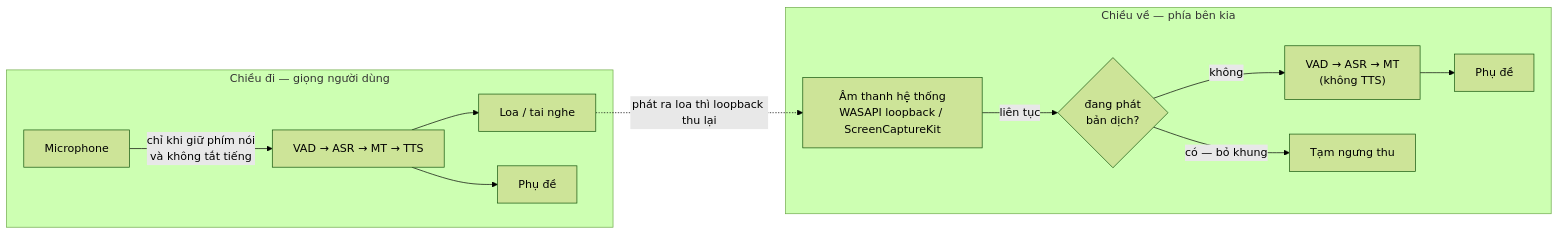
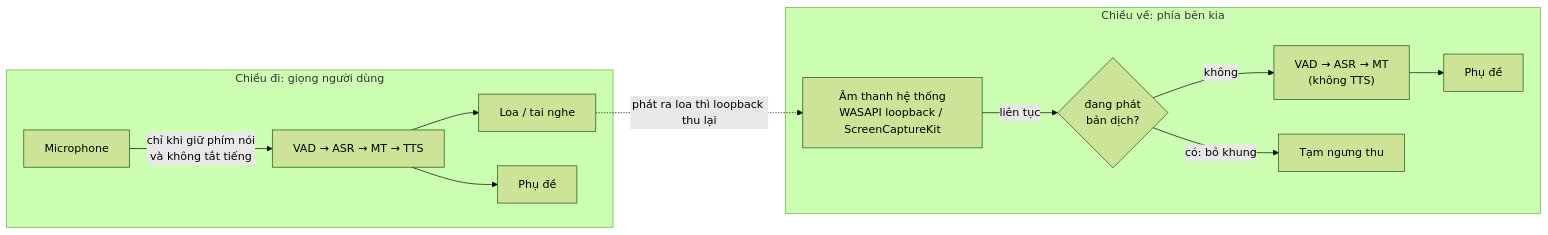
Before and after one commit to RokeyHung/local-live-voice-translator: the diagram in docs/gvhd/khoa-luan-hinh/src/h3-7-hai-chieu.mmd, drawn with Mermaid (forest theme). The commit also changed 32 other files, not shown here.

```diff
--- a/docs/gvhd/khoa-luan-hinh/src/h3-7-hai-chieu.mmd
+++ b/docs/gvhd/khoa-luan-hinh/src/h3-7-hai-chieu.mmd
@@ -1,13 +1,13 @@
 flowchart LR
-    subgraph OUT["Chiều đi — giọng người dùng"]
+    subgraph OUT["Chiều đi: giọng người dùng"]
         MIC["Microphone"] -->|"chỉ khi giữ phím nói<br/>và không tắt tiếng"| P1["VAD → ASR → MT → TTS"]
         P1 --> SPK["Loa / tai nghe"]
         P1 --> SUB1["Phụ đề"]
     end
-    subgraph IN["Chiều về — phía bên kia"]
+    subgraph IN["Chiều về: phía bên kia"]
         LOOP["Âm thanh hệ thống<br/>WASAPI loopback / ScreenCaptureKit"] -->|"liên tục"| GATE{"đang phát<br/>bản dịch?"}
         GATE -->|"không"| P2["VAD → ASR → MT<br/>(không TTS)"]
-        GATE -->|"có — bỏ khung"| DROP["Tạm ngưng thu"]
+        GATE -->|"có: bỏ khung"| DROP["Tạm ngưng thu"]
         P2 --> SUB2["Phụ đề"]
     end
     SPK -.->|"phát ra loa thì loopback thu lại"| LOOP
```
